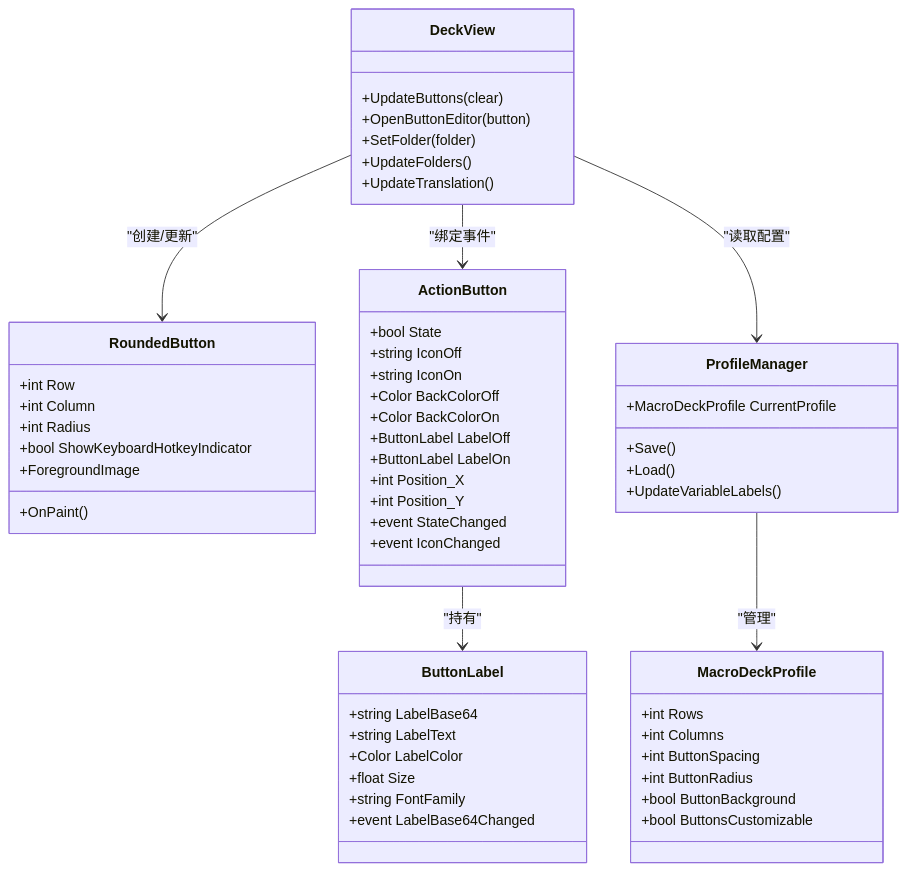
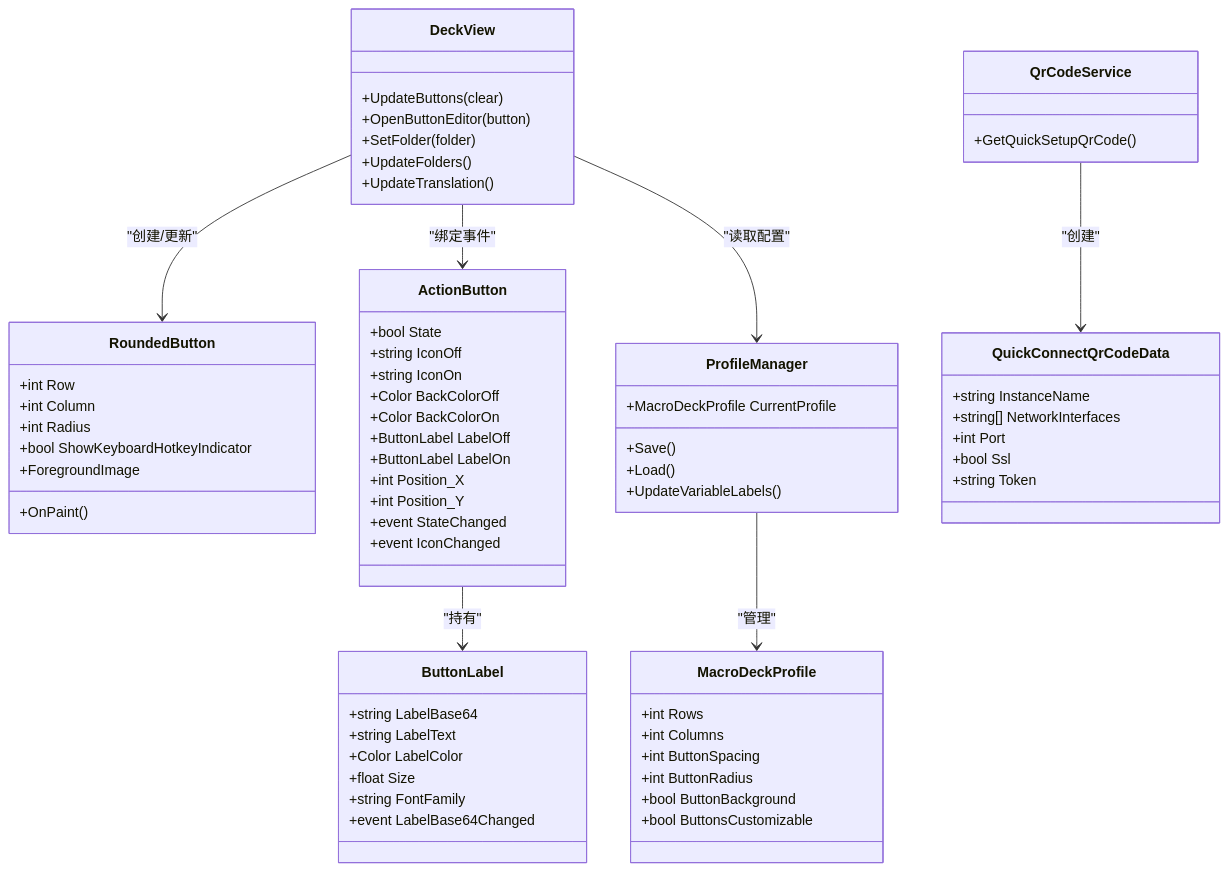
Before and after one commit to tea4go/Macro-Deck: the second of 6 diagrams in .qoder/repowiki/zh/content/图形用户界面/视图管理系统/仪表板视图.md, drawn with Mermaid. The commit also changed other lines of this file and 5 other files, not shown here.

````diff
--- a/.qoder/repowiki/zh/content/图形用户界面/视图管理系统/仪表板视图.md
+++ b/.qoder/repowiki/zh/content/图形用户界面/视图管理系统/仪表板视图.md
@@ -82,58 +95,69 @@
 ```mermaid
 classDiagram
 class DeckView {
 +UpdateButtons(clear)
 +OpenButtonEditor(button)
 +SetFolder(folder)
 +UpdateFolders()
 +UpdateTranslation()
 }
 class RoundedButton {
 +int Row
 +int Column
 +int Radius
 +bool ShowKeyboardHotkeyIndicator
 +ForegroundImage
 +OnPaint()
 }
 class ActionButton {
 +bool State
 +string IconOff
 +string IconOn
 +Color BackColorOff
 +Color BackColorOn
 +ButtonLabel LabelOff
 +ButtonLabel LabelOn
 +int Position_X
 +int Position_Y
 +event StateChanged
 +event IconChanged
 }
 class ButtonLabel {
 +string LabelBase64
 +string LabelText
 +Color LabelColor
 +float Size
 +string FontFamily
 +event LabelBase64Changed
 }
 class ProfileManager {
 +MacroDeckProfile CurrentProfile
 +Save()
 +Load()
 +UpdateVariableLabels()
 }
 class MacroDeckProfile {
 +int Rows
 +int Columns
 +int ButtonSpacing
 +int ButtonRadius
 +bool ButtonBackground
 +bool ButtonsCustomizable
 }
+class QrCodeService {
++GetQuickSetupQrCode()
+}
+class QuickConnectQrCodeData {
++string InstanceName
++string[] NetworkInterfaces
++int Port
++bool Ssl
++string Token
+}
 DeckView --> RoundedButton : "创建/更新"
 DeckView --> ActionButton : "绑定事件"
 ActionButton --> ButtonLabel : "持有"
 DeckView --> ProfileManager : "读取配置"
 ProfileManager --> MacroDeckProfile : "管理"
+QrCodeService --> QuickConnectQrCodeData : "创建"
 ```
````
